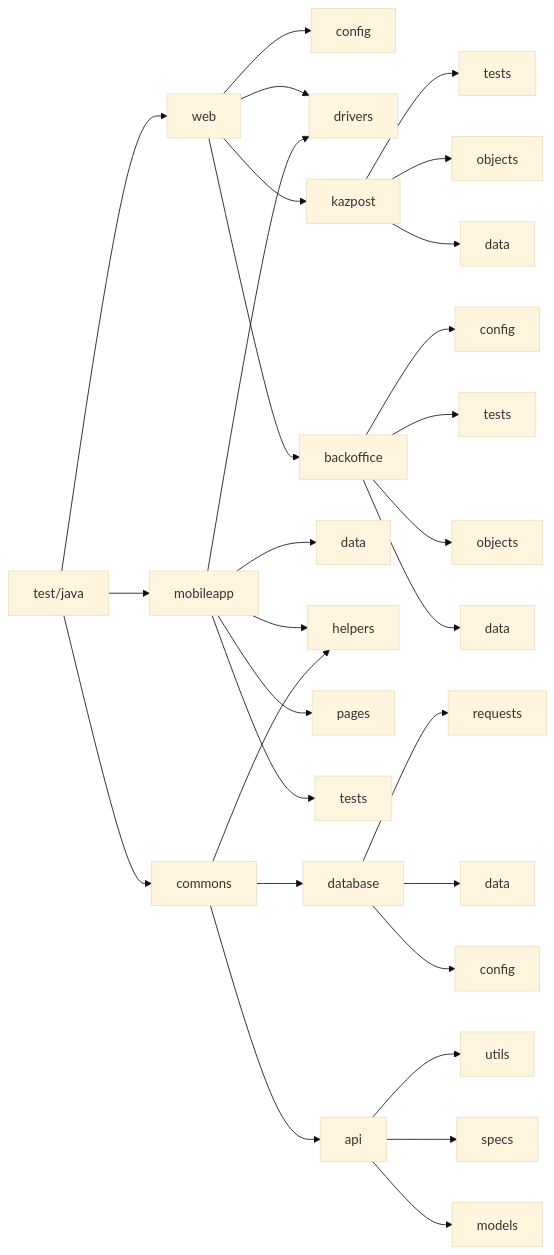
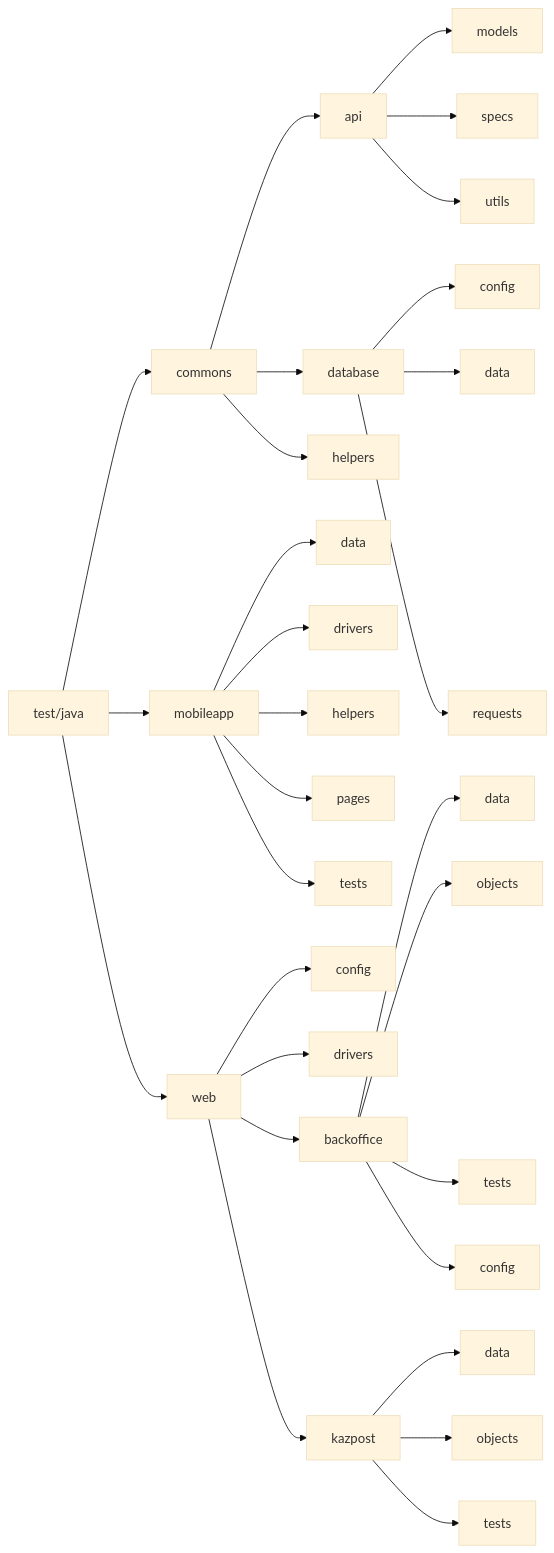
One commit to alena-shs/tabys-tests changed the diagram in README.md. Above: the diagram before and after it, drawn with Mermaid (base theme).

Commit message:
readme.md

````diff
--- a/README.md
+++ b/README.md
@@ -109,16 +109,16 @@
 ```mermaid
   graph LR;
       test["test/java"]-->commons;
       test["test/java"]-->mobileapp;
       test["test/java"]-->web;
       web-->config;
-      web-->drivers;
+      web-->wdrivers[drivers];
       web-->backoffice;
       web-->kazpost;
       kazpost-->kdata[data] & kobj[objects] & ktests[tests];
       backoffice-->bdata[data] & objects & btests[tests] & bconfig[config];
-      mobileapp-->mdata[data] & drivers & helpers & pages & mtests[tests];
-      commons --> api & database & helpers;
+      mobileapp-->mdata[data] & mdrivers[drivers] & mhelpers[helpers] & pages & mtests[tests];
+      commons --> api & database & chelpers[helpers];
       api --> models & specs & utils;
       database --> dconfig[config] & ddata[data] & requests;
 ```
````
